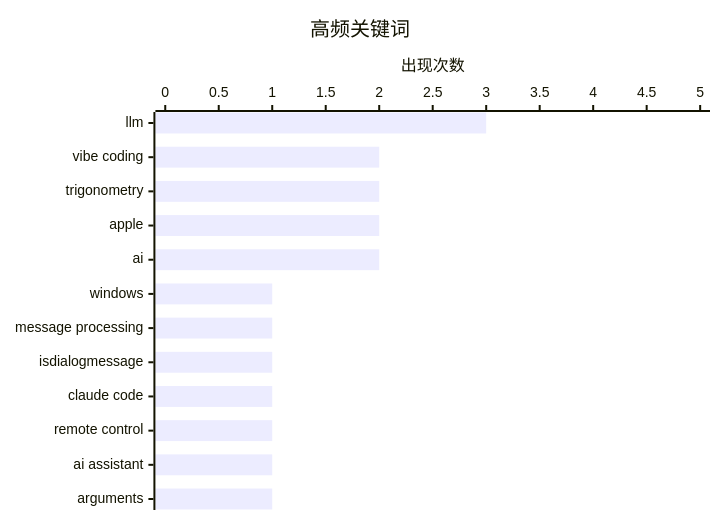
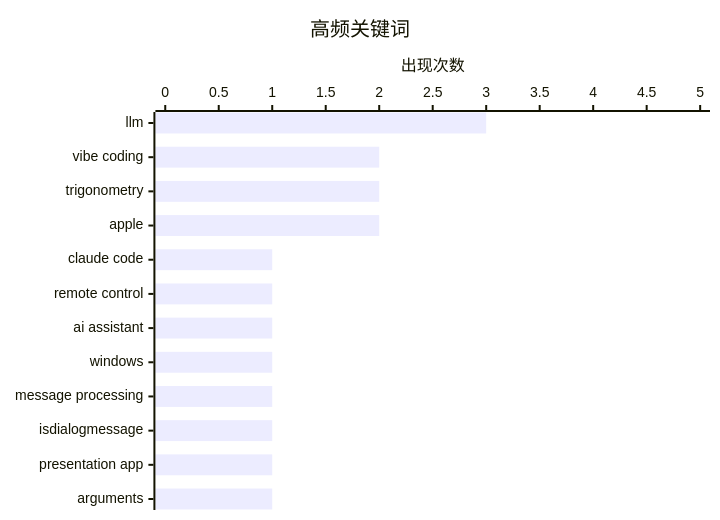
The second of 2 diagrams in src/content/digest/2026-02-26.md (hustlyt/ai-daily-digest), drawn with Mermaid before and after one commit. The commit also changed other lines of this file, not shown here.

````diff
--- a/src/content/digest/2026-02-26.md
+++ b/src/content/digest/2026-02-26.md
@@ -82,7 +82,7 @@
 ```mermaid
 xychart-beta horizontal
     title "高频关键词"
-    x-axis ["llm", "vibe coding", "trigonometry", "apple", "ai", "windows", "message processing", "isdialogmessage", "claude code", "remote control", "ai assistant", "arguments"]
+    x-axis ["llm", "vibe coding", "trigonometry", "apple", "claude code", "remote control", "ai assistant", "windows", "message processing", "isdialogmessage", "presentation app", "arguments"]
     y-axis "出现次数" 0 --> 5
-    bar [3, 2, 2, 2, 2, 1, 1, 1, 1, 1, 1, 1]
+    bar [3, 2, 2, 2, 1, 1, 1, 1, 1, 1, 1, 1]
 ```
````
